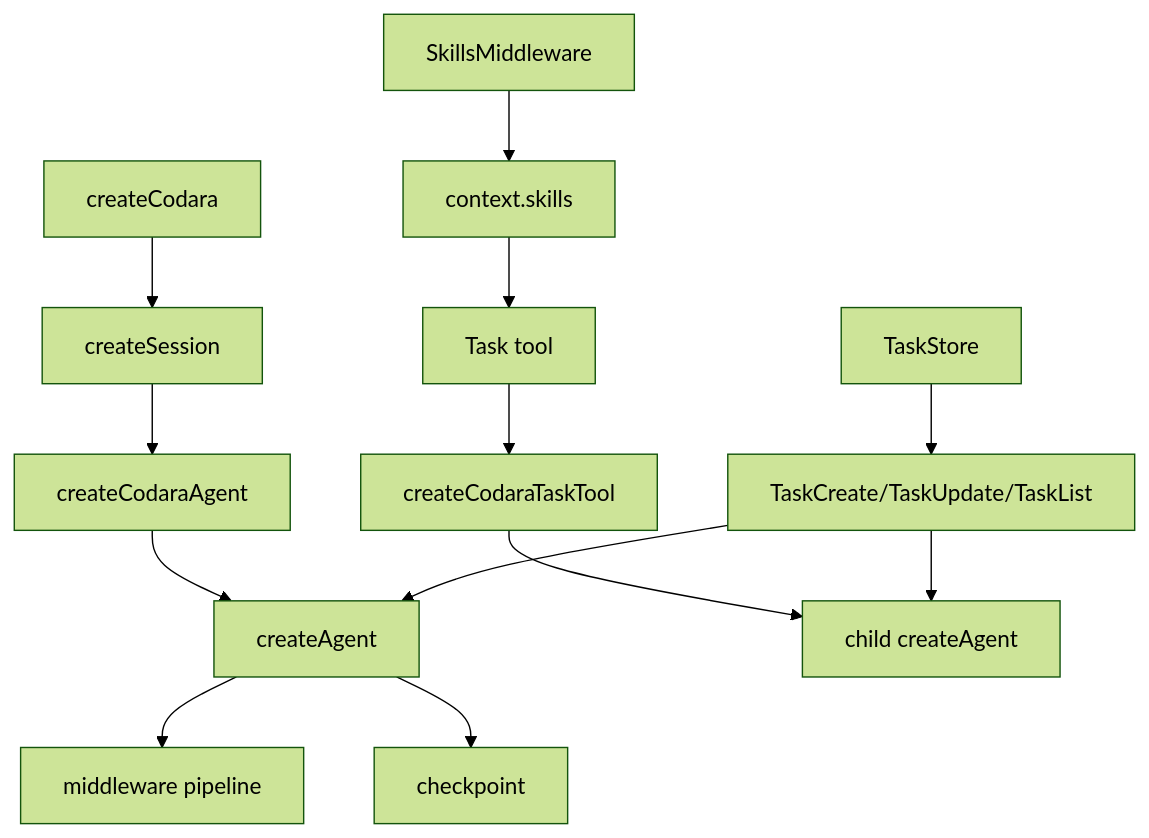
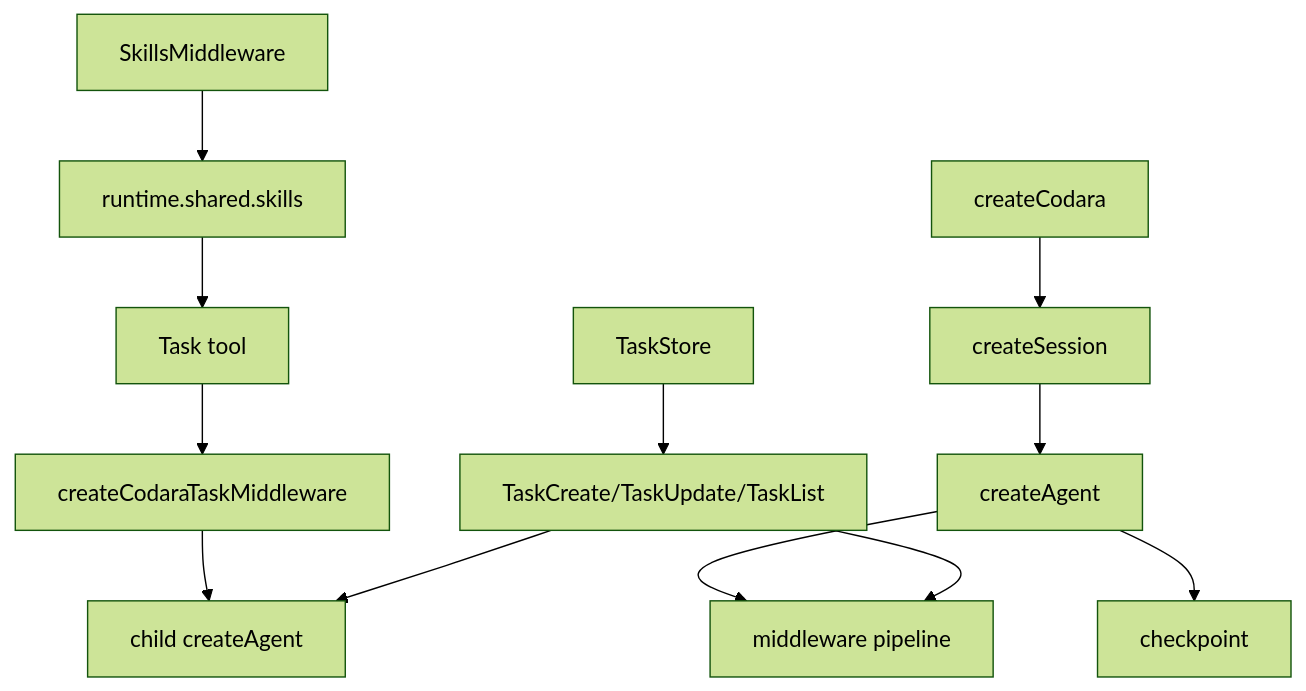
The first of 2 diagrams in docs/subagent-task-architecture.md (LordFoxFairy/Codara), drawn with Mermaid (forest theme) before and after one commit. The commit also changed other lines of this file and 13 other files, not shown here.

````diff
--- a/docs/subagent-task-architecture.md
+++ b/docs/subagent-task-architecture.md
@@ -19,17 +19,16 @@
 ```mermaid
 flowchart TD
   A[createCodara] --> B[createSession]
-  B --> C[createCodaraAgent]
-  C --> D[createAgent]
-  D --> E[middleware pipeline]
-  D --> F[checkpoint]
+  B --> C[createAgent]
+  C --> D[middleware pipeline]
+  C --> F[checkpoint]
 
-  G[SkillsMiddleware] --> H[context.skills]
+  G[SkillsMiddleware] --> H[runtime.shared.skills]
   H --> I[Task tool]
-  I --> C2[createCodaraTaskTool]
+  I --> C2[createCodaraTaskMiddleware]
   C2 --> D2[child createAgent]
 
   J[TaskStore] --> K[TaskCreate/TaskUpdate/TaskList]
   K --> D
   K --> D2
 ```
````
